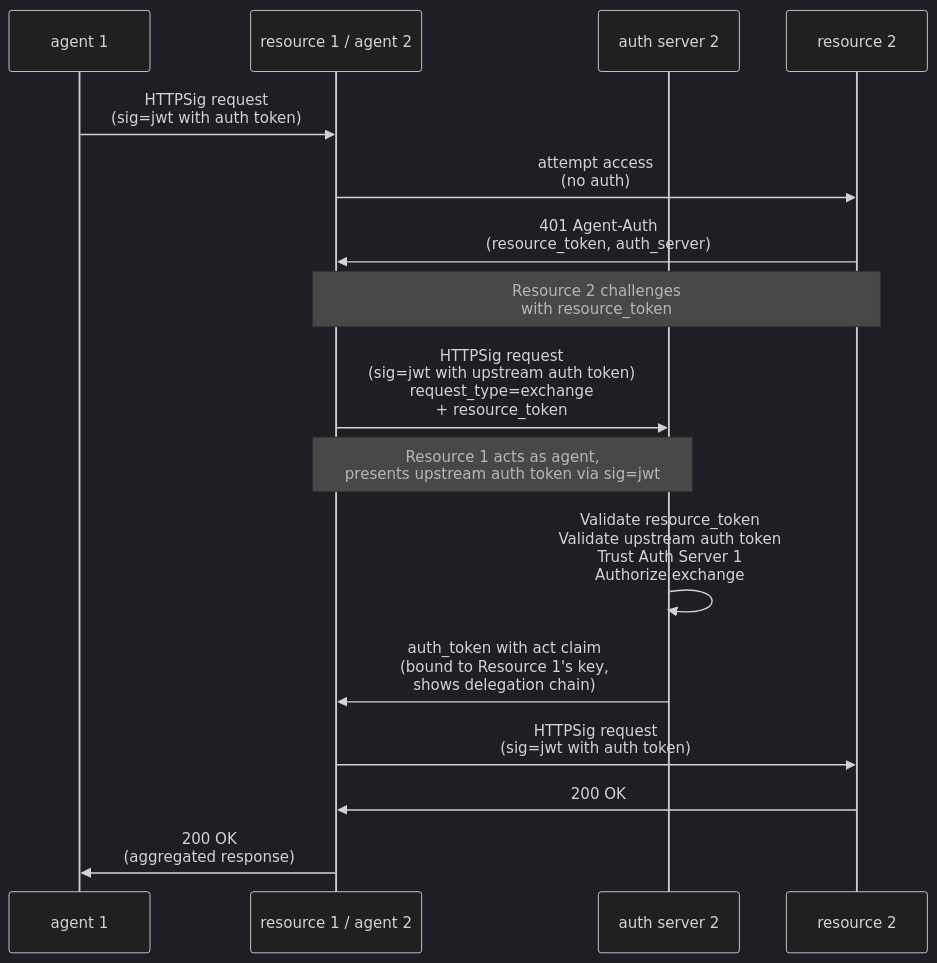
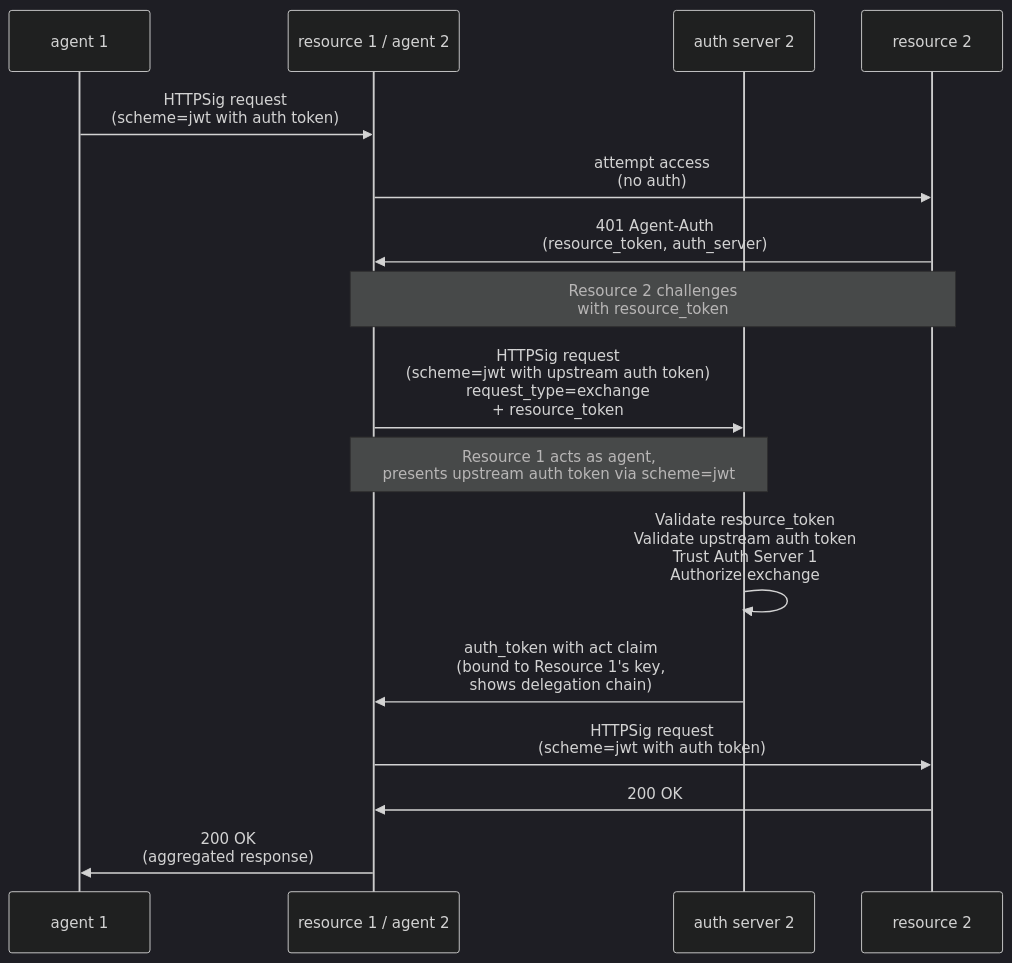
The ninth of 10 diagrams in README.md (dickhardt/agent-auth), drawn with Mermaid (dark theme) before and after one commit. The commit also changed other lines of this file, not shown here.

First line of the commit message:
Update mermaid diagrams and prose to use scheme= consistently

````diff
--- a/README.md
+++ b/README.md
@@ -367,24 +367,24 @@
 ```mermaid
 sequenceDiagram
     participant Agent1 as agent 1
     participant Resource1 as resource 1 / agent 2
     participant Auth2 as auth server 2
     participant Resource2 as resource 2
 
-    Agent1->>Resource1: HTTPSig request<br/>(sig=jwt with auth token)
+    Agent1->>Resource1: HTTPSig request<br/>(scheme=jwt with auth token)
 
     Resource1->>Resource2: attempt access<br/>(no auth)
     Resource2->>Resource1: 401 Agent-Auth<br/>(resource_token, auth_server)
     Note over Resource1,Resource2: Resource 2 challenges<br/>with resource_token
 
-    Resource1->>Auth2: HTTPSig request<br/>(sig=jwt with upstream auth token)<br/>request_type=exchange<br/>+ resource_token
-    Note over Resource1,Auth2: Resource 1 acts as agent,<br/>presents upstream auth token via sig=jwt
+    Resource1->>Auth2: HTTPSig request<br/>(scheme=jwt with upstream auth token)<br/>request_type=exchange<br/>+ resource_token
+    Note over Resource1,Auth2: Resource 1 acts as agent,<br/>presents upstream auth token via scheme=jwt
 
     Auth2->>Auth2: Validate resource_token<br/>Validate upstream auth token<br/>Trust Auth Server 1<br/>Authorize exchange
     Auth2->>Resource1: auth_token with act claim<br/>(bound to Resource 1's key,<br/>shows delegation chain)
 
-    Resource1->>Resource2: HTTPSig request<br/>(sig=jwt with auth token)
+    Resource1->>Resource2: HTTPSig request<br/>(scheme=jwt with auth token)
     Resource2->>Resource1: 200 OK
 
     Resource1->>Agent1: 200 OK<br/>(aggregated response)
 ```
````
